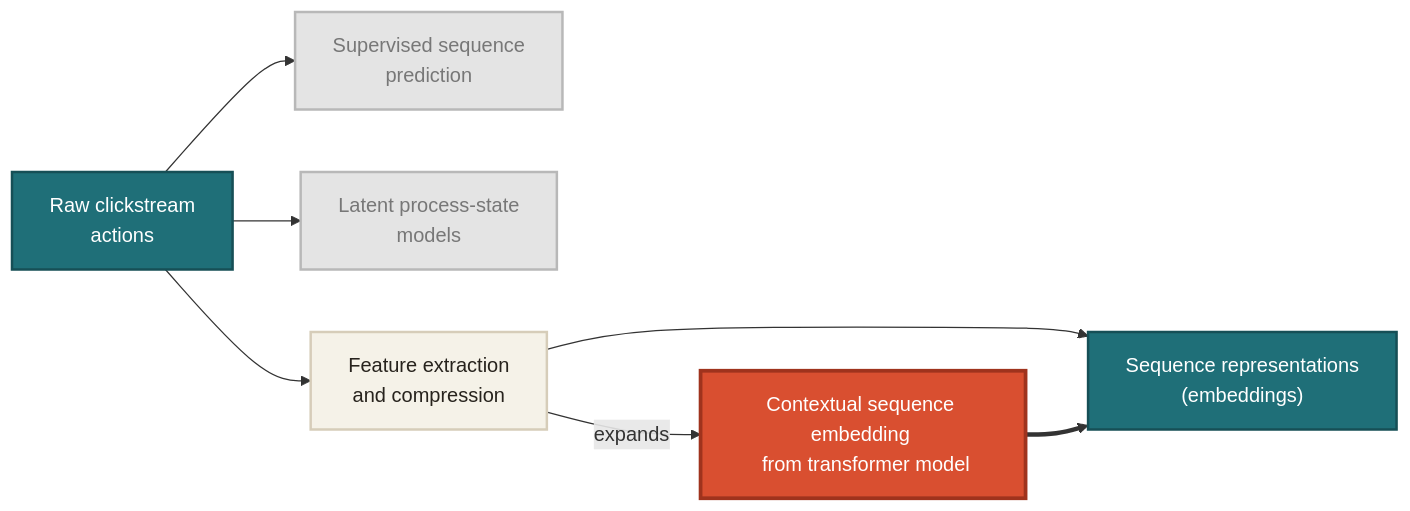
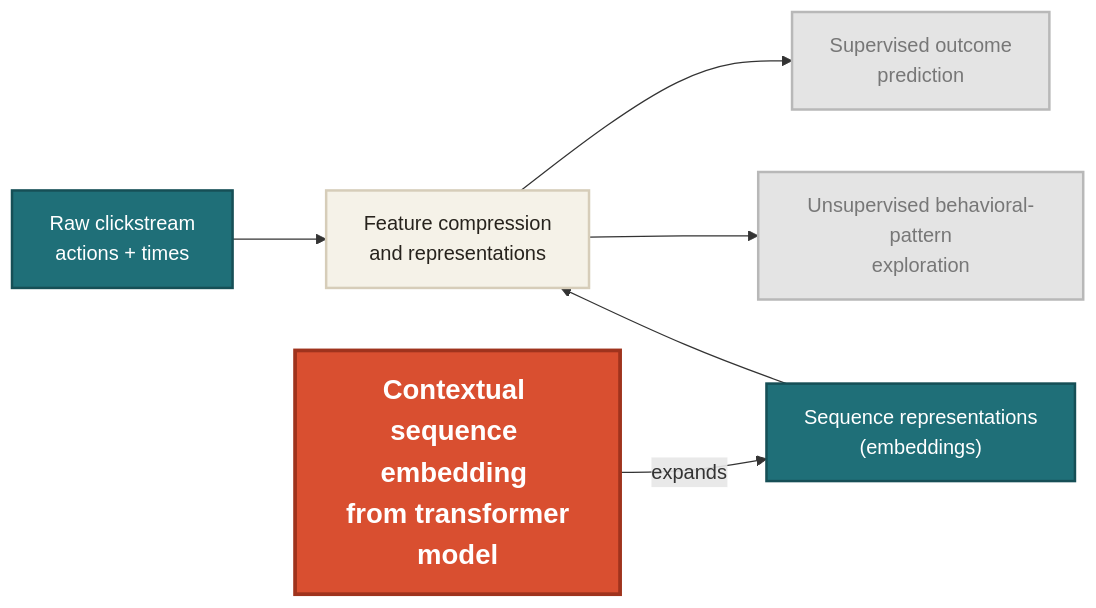
The second of 3 diagrams in pages/01-intro.md (ruitingshen81/IMPS26Talk), drawn with Mermaid before and after one commit. The commit also changed other lines of this file, not shown here.

````diff
--- a/pages/01-intro.md
+++ b/pages/01-intro.md
@@ -88,29 +86,29 @@
 ```mermaid {theme: 'neutral', scale: 0.78}
 flowchart LR
-  Raw["Raw clickstream<br/>actions"]
+  Raw["Raw clickstream<br/>actions + times"]
 
-  Sup["Supervised sequence<br/>prediction"]
-  Lat["Latent process-state<br/>models"]
-  Feat["Feature extraction<br/>and compression"]
+  Sup["Supervised outcome<br/>prediction"]
+  Unsup["Unsupervised behavioral-pattern<br/>exploration"]
+  Feat["Feature compression<br/>and representations"]
   Trans["Contextual sequence embedding <br/> from transformer model"]
 
   Rep["Sequence representations<br/>(embeddings)"]
 
-  Raw --> Sup
-  Raw --> Lat
   Raw --> Feat
-  Feat -- "expands" --> Trans
-  Feat --> Rep
-  Trans ==> Rep
+  Feat --> Sup
+  Feat --> Unsup
+  Trans -- "expands" --> Rep
+  Feat ~~~ Rep
+  Rep --> Feat
 
   classDef raw fill:#1f6f78,color:#fff,stroke:#164f56,stroke-width:2px;
   classDef grey fill:#e4e4e4,color:#777,stroke:#b8b8b8,stroke-width:2px;
   classDef feature fill:#f5f2e8,color:#27231d,stroke:#d6cdb9,stroke-width:2px;
-  classDef transformer fill:#d94f30,color:#fff,stroke:#9f331d,stroke-width:3px;
+  classDef transformer fill:#d94f30,color:#fff,stroke:#9f331d,stroke-width:3px,font-size:22px,font-weight:700;
   classDef rep fill:#1f6f78,color:#fff,stroke:#164f56,stroke-width:2px;
   class Raw raw;
-  class Sup,Lat grey;
+  class Sup,Unsup grey;
   class Feat feature;
   class Trans transformer;
   class Rep rep;
 ```
````
